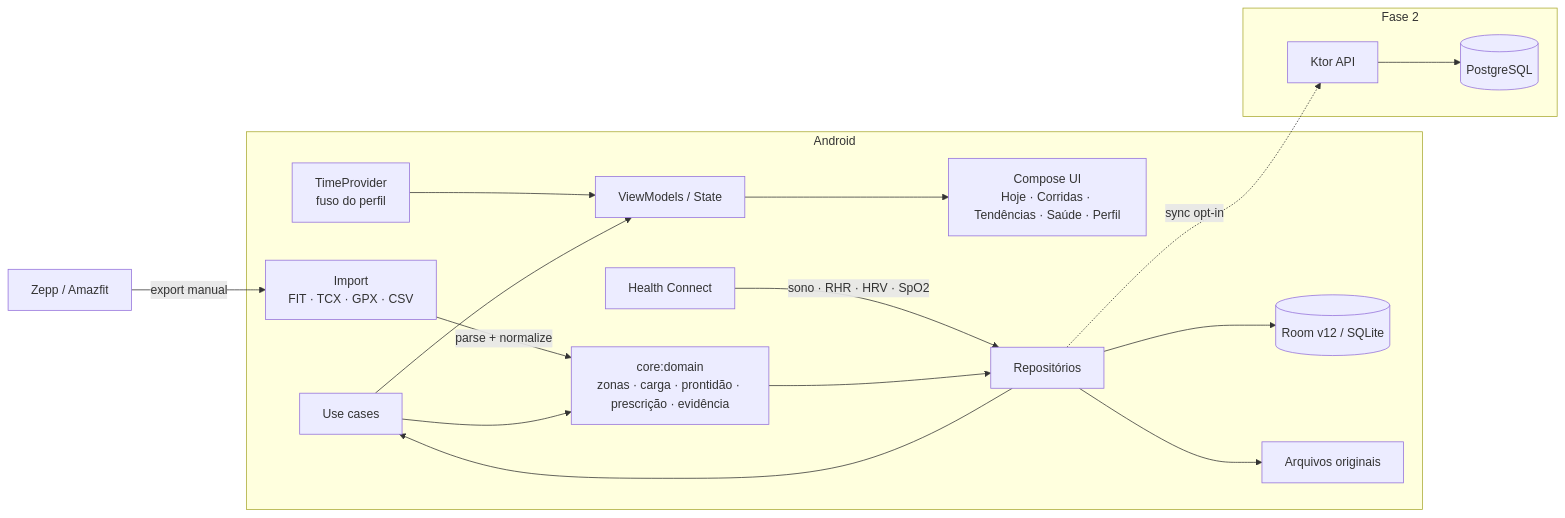
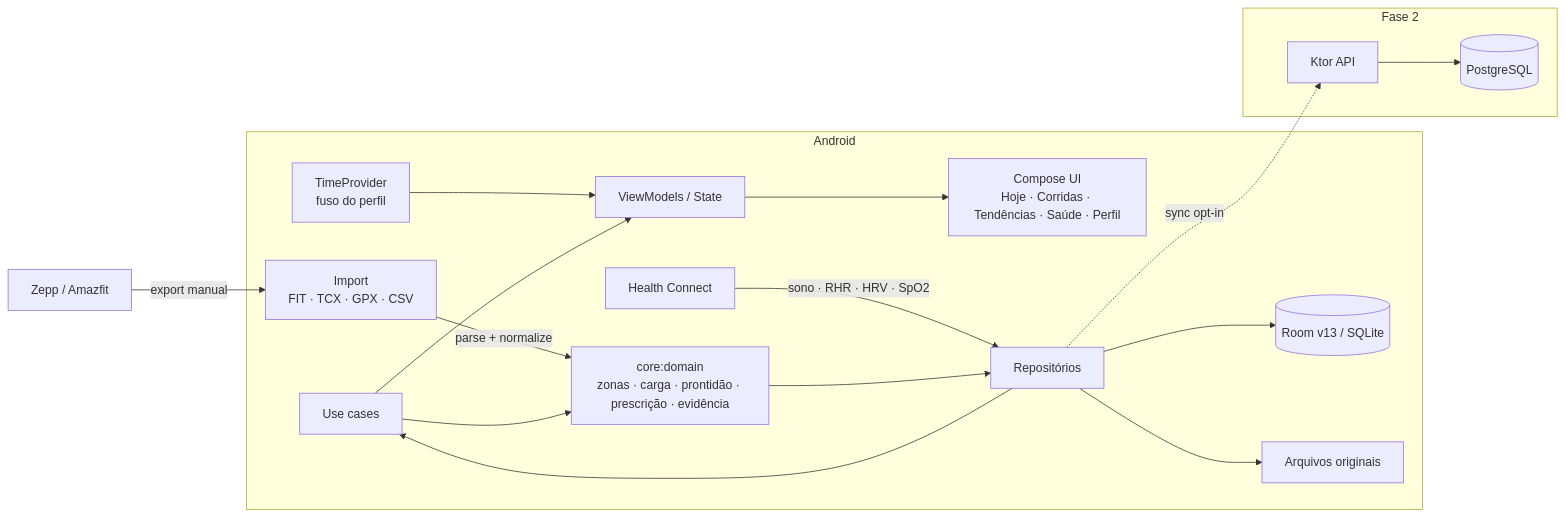
The first of 2 diagrams in docs/ARCHITECTURE.md (rafaelclima/meucoach), drawn with Mermaid before and after one commit. The commit also changed other lines of this file and 49 other files, not shown here.

````diff
--- a/docs/ARCHITECTURE.md
+++ b/docs/ARCHITECTURE.md
@@ -16,31 +16,31 @@
 ```mermaid
 flowchart LR
     subgraph Android
         UI[Compose UI\nHoje · Corridas · Tendências · Saúde · Perfil]
         VM[ViewModels / State]
         UC[Use cases]
         DOM[core:domain\nzonas · carga · prontidão · prescrição · evidência]
         TIME[TimeProvider\nfuso do perfil]
         REPO[Repositórios]
-        ROOM[(Room v12 / SQLite)]
+        ROOM[(Room v13 / SQLite)]
         HC[Health Connect]
         IMP[Import\nFIT · TCX · GPX · CSV]
         FS[Arquivos originais]
     end
 
     ZEPP[Zepp / Amazfit] -->|export manual| IMP
     HC -->|sono · RHR · HRV · SpO2| REPO
     IMP -->|parse + normalize| DOM
     DOM --> REPO
     REPO --> ROOM
     REPO --> FS
     TIME --> VM
     REPO --> UC --> VM --> UI
     UC --> DOM
 
     subgraph Fase 2
         API[Ktor API]
         PG[(PostgreSQL)]
         REPO -.->|sync opt-in| API --> PG
     end
 ```
````
